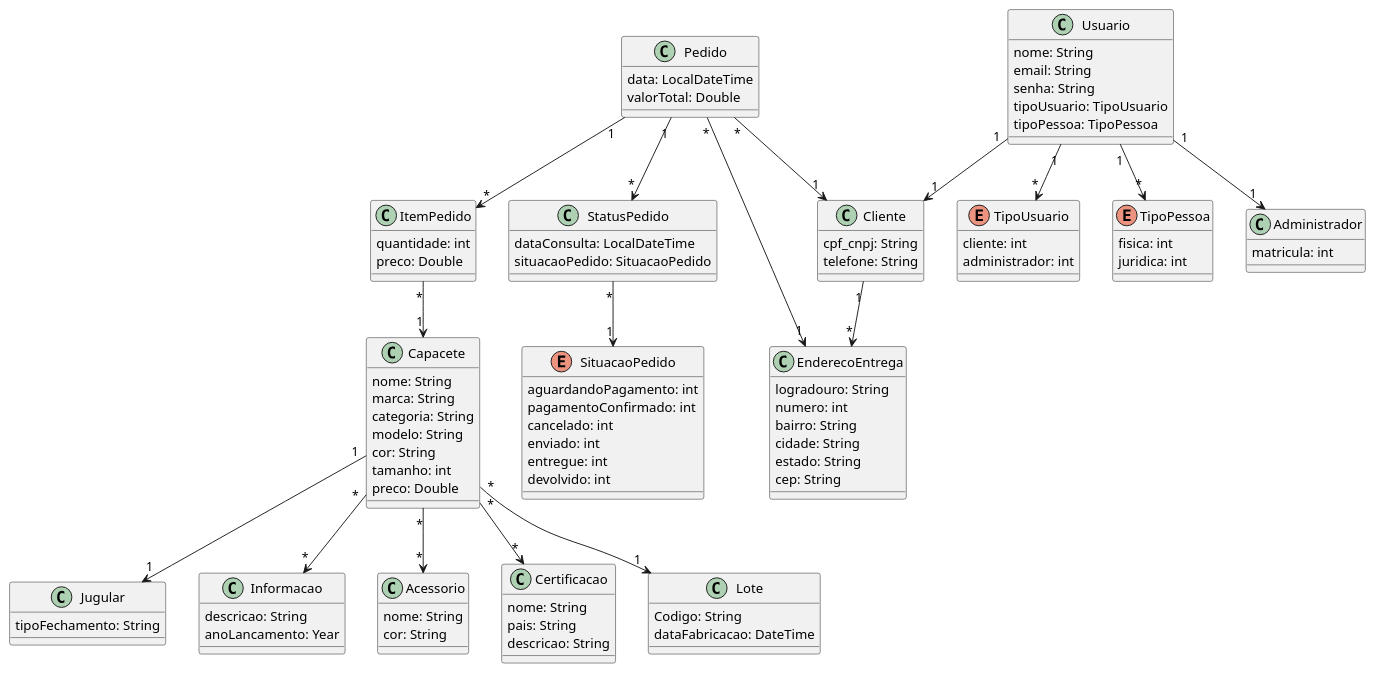
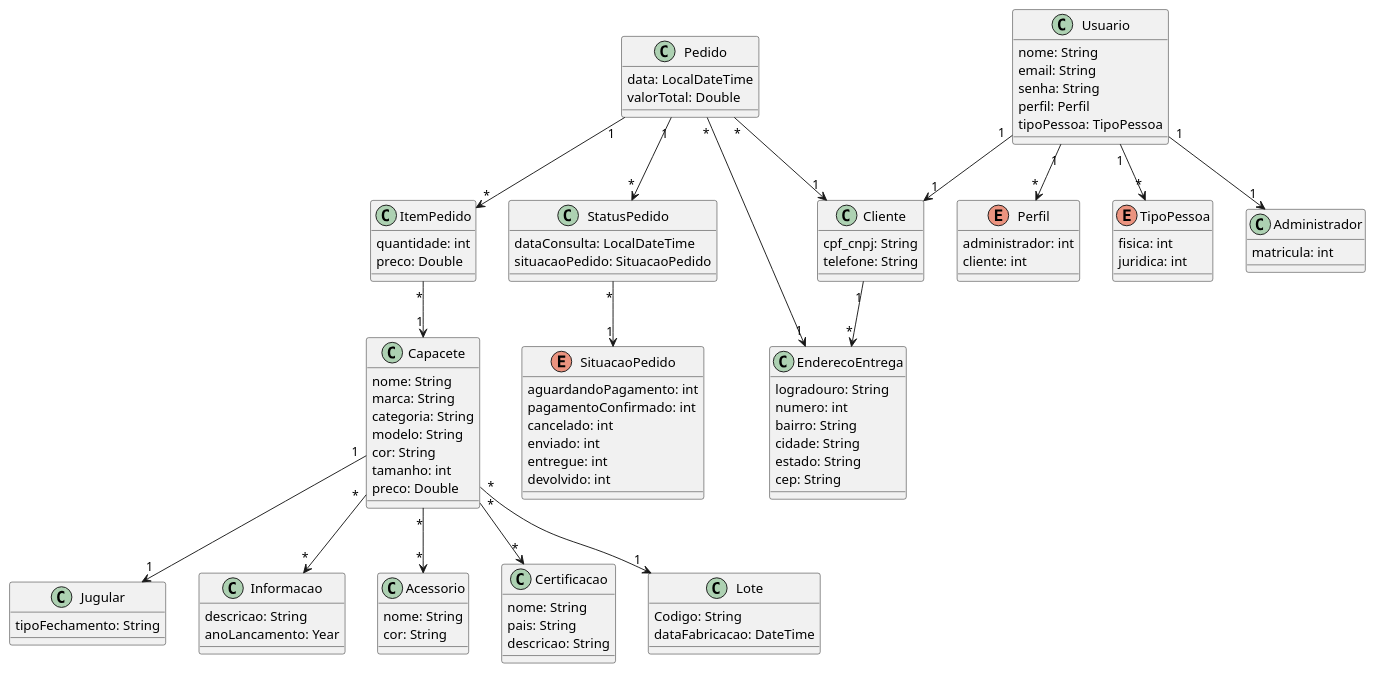
The diagram in src/main/java/br/unitins/tp1/diagrama_classe_t1.plantuml (Gilsiandry/tp1_ecommerce_capacete), drawn with PlantUML before and after one commit. The commit also changed 12 other files, not shown here.

```diff
--- a/src/main/java/br/unitins/tp1/diagrama_classe_t1.plantuml
+++ b/src/main/java/br/unitins/tp1/diagrama_classe_t1.plantuml
@@ -1,127 +1,127 @@
 @startuml
 
 class Capacete {
     nome: String
     marca: String
     categoria: String
     modelo: String
     cor: String
     tamanho: int
     preco: Double
 }
 
 class Jugular {
     tipoFechamento: String
     
 }
 
 class Informacao {
     descricao: String
     anoLancamento: Year
 }
 
 class Acessorio {
     nome: String
     cor: String
 }
 
 class Certificacao {
     nome: String
     pais: String
     descricao: String
 }
 
 class Lote {
     Codigo: String
     dataFabricacao: DateTime
 }
 
 
 
 class Usuario {
     nome: String
     email: String
     senha: String
-    tipoUsuario: TipoUsuario
+    perfil: Perfil
     tipoPessoa: TipoPessoa
 }
 
-enum TipoUsuario {
+enum Perfil {
+    administrador: int
     cliente: int
-    administrador: int
 }
 
 enum TipoPessoa {
     fisica: int
     juridica: int
 }
 
 class Administrador {
     matricula: int
 }
 
 class Cliente {
     cpf_cnpj: String
     telefone: String
 }
 
 
 class EnderecoEntrega {
     logradouro: String
     numero: int
     bairro: String
     cidade: String
     estado: String
     cep: String
 }
 
 
 class Pedido {
     data: LocalDateTime
     valorTotal: Double
 }
 
 class StatusPedido {
     dataConsulta: LocalDateTime
     situacaoPedido: SituacaoPedido
 }
 
 enum SituacaoPedido {
     aguardandoPagamento: int
     pagamentoConfirmado: int
     cancelado: int
     enviado: int
     entregue: int
     devolvido: int
 }
 
 class ItemPedido {
     quantidade: int
     preco: Double
 }
 
 
 'relacionamento
 
 Capacete "*" --> "*"Certificacao
 Capacete "*" --> "*" Acessorio
 Capacete "*" --> "*" Informacao
 Capacete "*" --> "1" Lote
 Capacete "1" --> "1" Jugular
 
 
-Usuario "1" --> "*" TipoUsuario
+Usuario "1" --> "*" Perfil
 Usuario "1" --> "*" TipoPessoa
 Usuario "1" --> "1" Cliente
 Usuario "1" --> "1" Administrador
 Cliente "1" --> "*" EnderecoEntrega
 
 
 Pedido "*" --> "1" Cliente
 Pedido "1" --> "*" StatusPedido
 Pedido "1" --> "*" ItemPedido
 Pedido "*" --> "1" EnderecoEntrega
 StatusPedido "*" --> "1" SituacaoPedido
 ItemPedido "*" --> "1" Capacete
 
 @enduml
```
